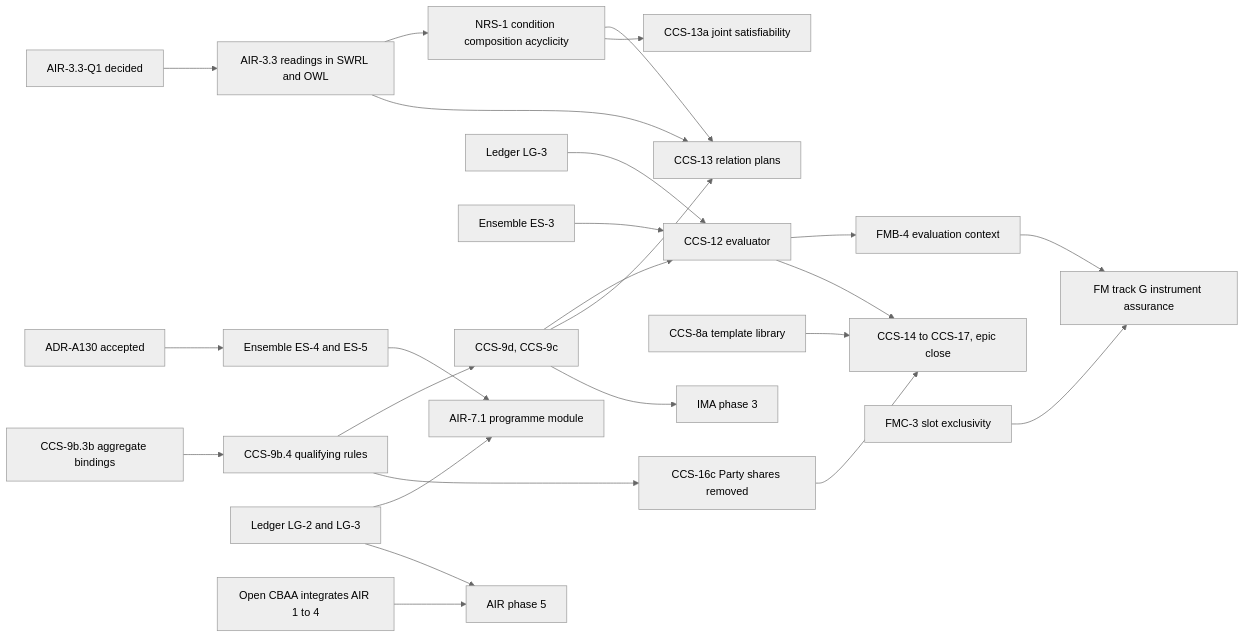
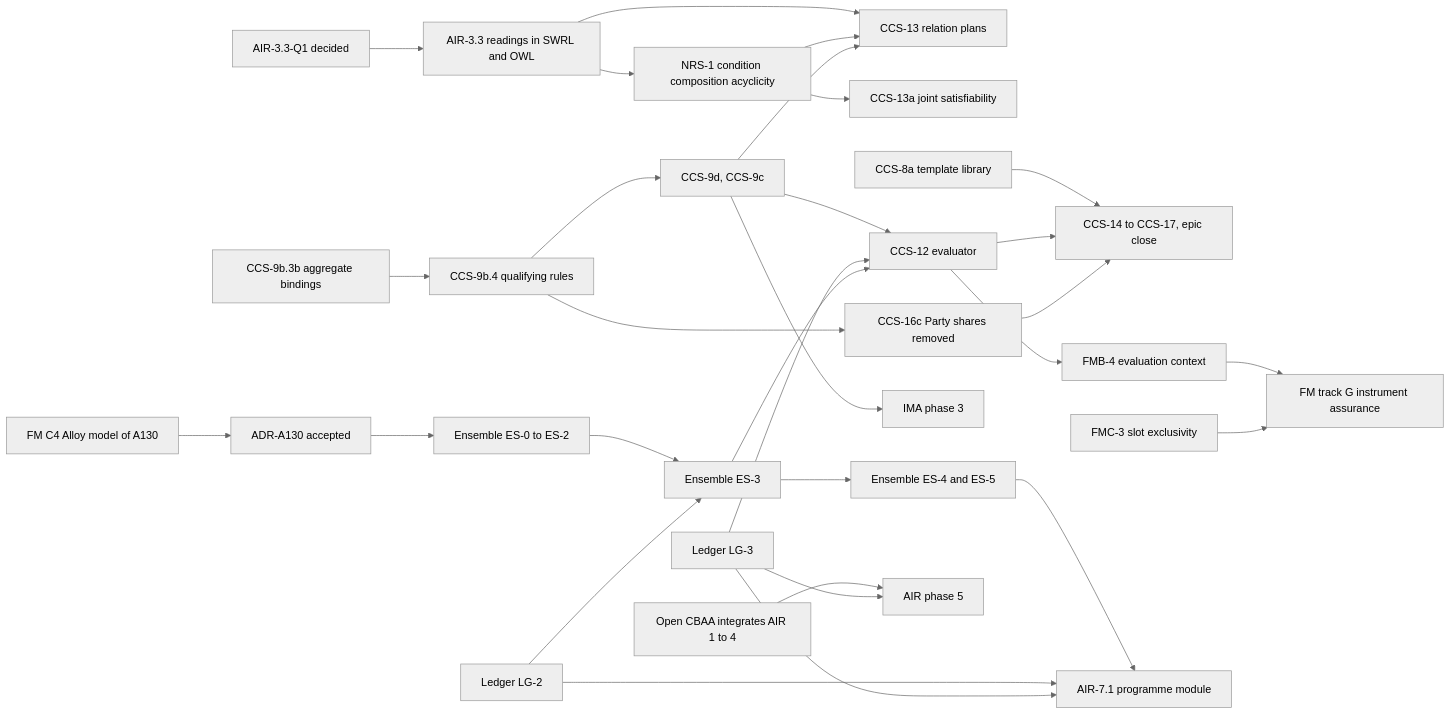
Before and after one commit to nebularis/lattice: diagram 27 of 29 in docs/developer/ROADMAP.md, drawn with Mermaid (neutral theme). The commit also changed other lines of this file and 10 other files, not shown here.

````diff
--- a/docs/developer/ROADMAP.md
+++ b/docs/developer/ROADMAP.md
@@ -858,27 +860,32 @@
 ```mermaid
 flowchart LR
     Q1["AIR-3.3-Q1 decided"] --> AIR33["AIR-3.3 readings in SWRL and OWL"]
     AIR33 --> NRS1["NRS-1 condition composition acyclicity"]
     AIR33 --> CCS13["CCS-13 relation plans"]
     NRS1 --> CCS13
     NRS1 --> CCS13a["CCS-13a joint satisfiability"]
     K93["CCS-9b.3b aggregate bindings"] --> K94["CCS-9b.4 qualifying rules"]
     K94 --> REST["CCS-9d, CCS-9c"]
     REST --> CCS12["CCS-12 evaluator"]
     REST --> CCS13
     LG3C["Ledger LG-3"] --> CCS12
     ES3C["Ensemble ES-3"] --> CCS12
     K8A["CCS-8a template library"] --> CLOSE
     K94 --> K16c["CCS-16c Party shares removed"]
     CCS12 --> FMB4["FMB-4 evaluation context"]
     FMB4 --> G["FM track G instrument assurance"]
     FMC3["FMC-3 slot exclusivity"] --> G
     CCS12 --> CLOSE["CCS-14 to CCS-17, epic close"]
     K16c --> CLOSE
     REST --> IMA3["IMA phase 3"]
-    A130["ADR-A130 accepted"] --> ES45["Ensemble ES-4 and ES-5"]
+    C4A["FM C4 Alloy model of A130"] --> A130["ADR-A130 accepted"]
+    A130 --> ES012["Ensemble ES-0 to ES-2"]
+    ES012 --> ES3C
+    LG2C["Ledger LG-2"] --> ES3C
+    ES3C --> ES45["Ensemble ES-4 and ES-5"]
     ES45 --> AIR71["AIR-7.1 programme module"]
-    LG23["Ledger LG-2 and LG-3"] --> AIR71
+    LG2C --> AIR71
+    LG3C --> AIR71
     CBAA["Open CBAA integrates AIR 1 to 4"] --> AIR5["AIR phase 5"]
-    LG23 --> AIR5
+    LG3C --> AIR5
 ```
````
